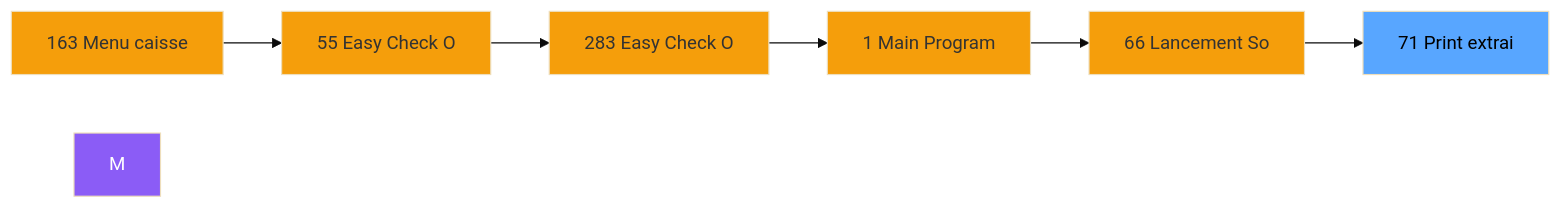
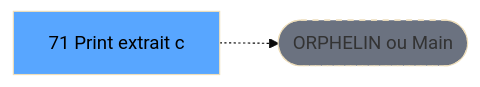
Before and after one commit to thonyAGP/lecteur-magic: the second of 3 diagrams in .openspec/renders/ADH-IDE-71.md, drawn with Mermaid (base theme). The commit also changed other lines of this file and 701 other files, not shown here.

````diff
--- a/.openspec/renders/ADH-IDE-71.md
+++ b/.openspec/renders/ADH-IDE-71.md
@@ -130,21 +124,8 @@
 ```mermaid
 graph LR
-    N163[163 Menu caisse ]
-    N55[55 Easy Check O]
-    N283[283 Easy Check O]
-    N1[1 Main Program]
-    N66[66 Lancement So]
-    T[71 Print extrai]
-    N163 --> N55
-    N55 --> N283
-    N283 --> N1
-    N1 --> N66
-    N66 --> T
-    style M fill:#8b5cf6,color:#fff
-    style N163 fill:#f59e0b
-    style N55 fill:#f59e0b
-    style N283 fill:#f59e0b
-    style N1 fill:#f59e0b
-    style N66 fill:#f59e0b
+    T[71 Print extrait c]
+    ORPHAN([ORPHELIN ou Main])
+    T -.-> ORPHAN
     style T fill:#58a6ff,color:#000
+    style ORPHAN fill:#6b7280,stroke-dasharray: 5 5
 ```
````
